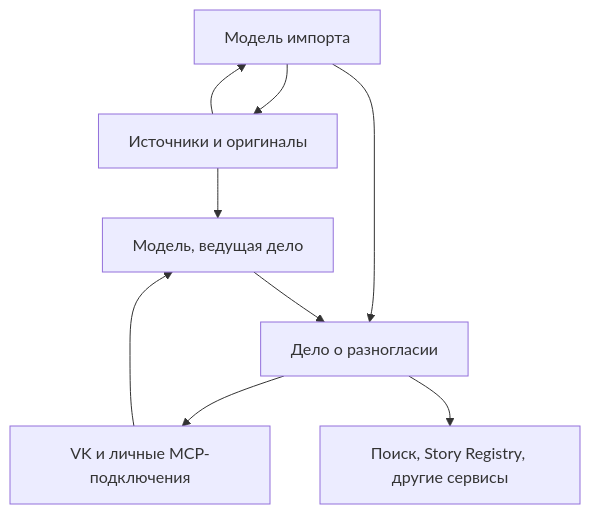
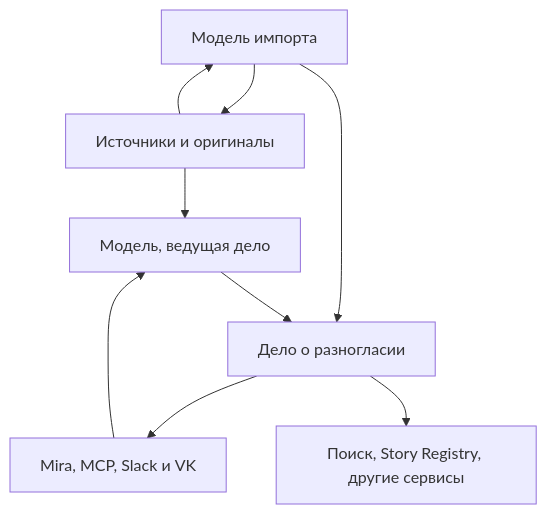
Before and after one commit to onedayonemasterpiece/regional-knowledge-base: the diagram in docs/design/rkb-disagreement-journal-design-20261018.md, drawn with Mermaid. The commit also changed other lines of this file and 1 other file, not shown here.

````diff
--- a/docs/design/rkb-disagreement-journal-design-20261018.md
+++ b/docs/design/rkb-disagreement-journal-design-20261018.md
@@ -35,11 +36,11 @@
 ```mermaid
 flowchart TD
     I["Модель импорта"] --> E["Источники и оригиналы"]
     E --> I
     I --> C["Дело о разногласии"]
-    C --> D["VK и личные MCP-подключения"]
+    C --> D["Mira, MCP, Slack и VK"]
     D --> W["Модель, ведущая дело"]
     E --> W
     W --> C
     C --> U["Поиск, Story Registry, другие сервисы"]
 ```
````
